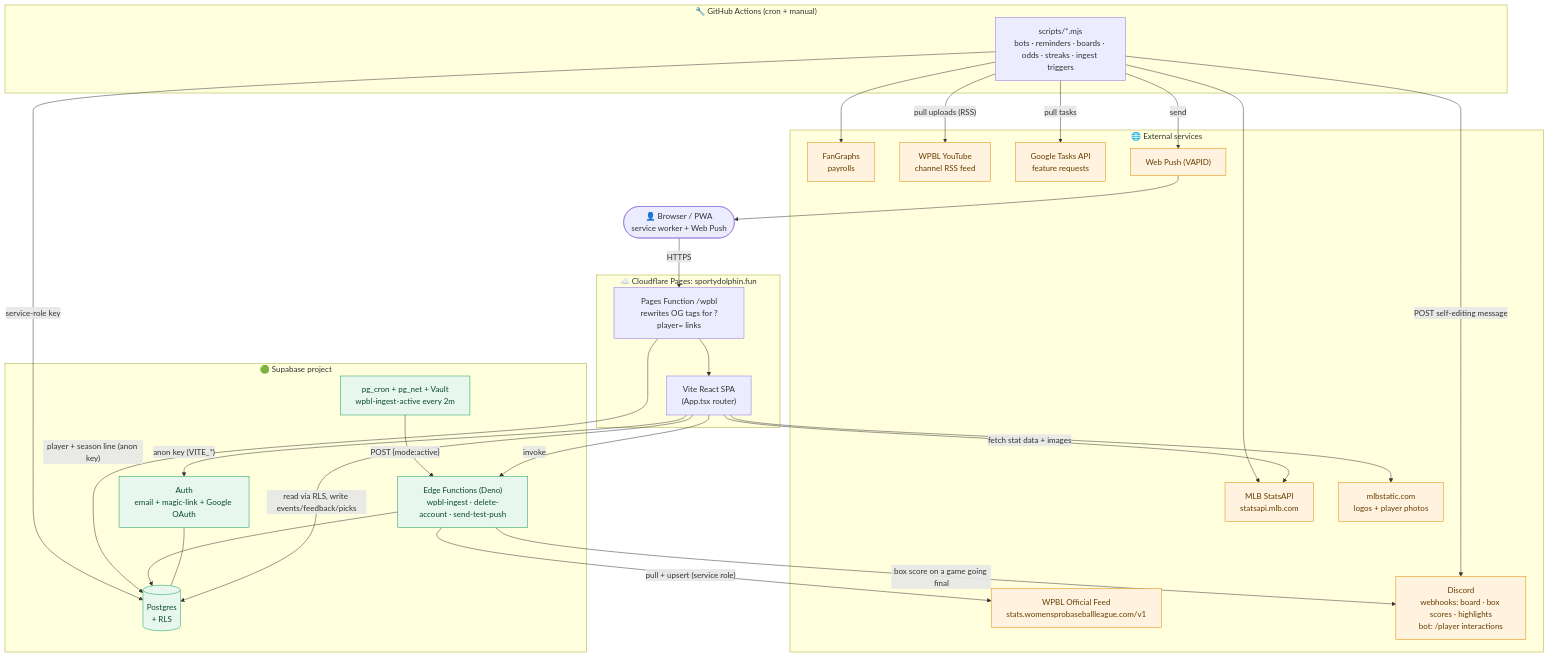
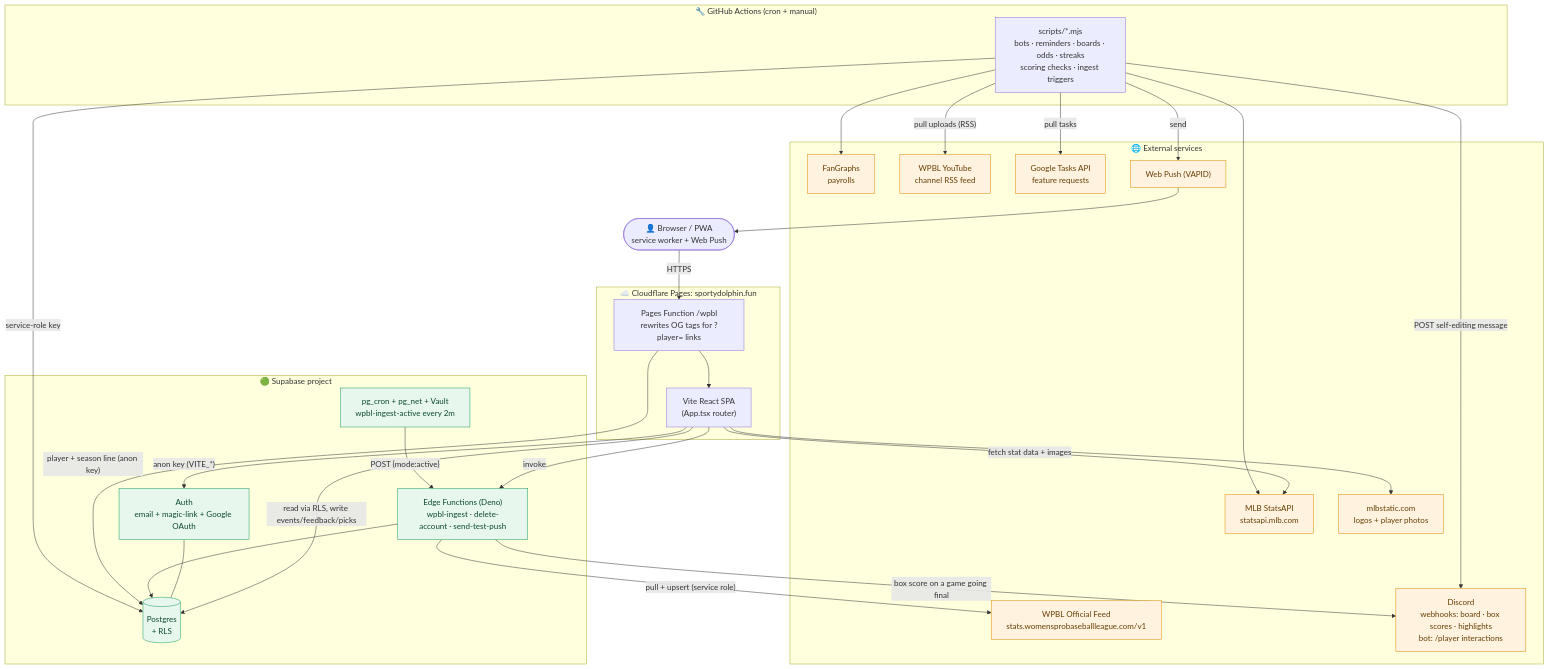
Before and after one commit to sportydolphin/fun: the first of 5 diagrams in ARCHITECTURE.md, drawn with Mermaid. The commit also changed other lines of this file and 10 other files, not shown here.

````diff
--- a/ARCHITECTURE.md
+++ b/ARCHITECTURE.md
@@ -17,61 +17,61 @@
 ```mermaid
 flowchart TB
     user(["👤 Browser / PWA<br/>service worker + Web Push"])
 
     subgraph CF["☁️ Cloudflare Pages: sportydolphin.fun"]
         spa["Vite React SPA<br/>(App.tsx router)"]
         pagefn["Pages Function /wpbl<br/>rewrites OG tags for ?player= links"]
     end
 
     subgraph SB["🟢 Supabase project"]
         auth["Auth<br/>email + magic-link + Google OAuth"]
         db[("Postgres<br/>+ RLS")]
         edge["Edge Functions (Deno)<br/>wpbl-ingest · delete-account · send-test-push"]
         pgcron["pg_cron + pg_net + Vault<br/>wpbl-ingest-active every 2m"]
     end
 
     subgraph GHA["🔧 GitHub Actions (cron + manual)"]
-        scripts["scripts/*.mjs<br/>bots · reminders · boards · odds · streaks · ingest triggers"]
+        scripts["scripts/*.mjs<br/>bots · reminders · boards · odds · streaks<br/>scoring checks · ingest triggers"]
     end
 
     subgraph EXT["🌐 External services"]
         mlbapi["MLB StatsAPI<br/>statsapi.mlb.com"]
         mlbcdn["mlbstatic.com<br/>logos + player photos"]
         fangraphs["FanGraphs<br/>payrolls"]
         wpblfeed["WPBL Official Feed<br/>stats.womensprobaseballleague.com/v1"]
         wpblyt["WPBL YouTube<br/>channel RSS feed"]
         discord["Discord<br/>webhooks: board · box scores · highlights<br/>bot: /player interactions"]
         gtasks["Google Tasks API<br/>feature requests"]
         push["Web Push (VAPID)"]
     end
 
     user -->|HTTPS| pagefn
     pagefn --> spa
     spa -->|"anon key (VITE_*)"| auth
     spa -->|"read via RLS, write events/feedback/picks"| db
     spa -->|"invoke"| edge
     spa -->|"fetch stat data + images"| mlbapi
     spa --> mlbcdn
 
     auth --- db
 
     pgcron -->|"POST {mode:active}"| edge
     edge -->|"pull + upsert (service role)"| wpblfeed
     edge --> db
     edge -->|"box score on a game going final"| discord
     pagefn -->|"player + season line (anon key)"| db
 
     scripts -->|"service-role key"| db
     scripts --> mlbapi
     scripts --> fangraphs
     scripts -->|"POST self-editing message"| discord
     scripts -->|"pull uploads (RSS)"| wpblyt
     scripts -->|"pull tasks"| gtasks
     scripts -->|"send"| push
     push --> user
 
     classDef ext fill:#fff3e0,stroke:#e08a00,color:#663d00;
     classDef sb fill:#e7f7ee,stroke:#1a9c5b,color:#0b4a2b;
     class mlbapi,mlbcdn,fangraphs,wpblfeed,wpblyt,discord,gtasks,push ext;
     class auth,db,edge,pgcron sb;
 ```
````
